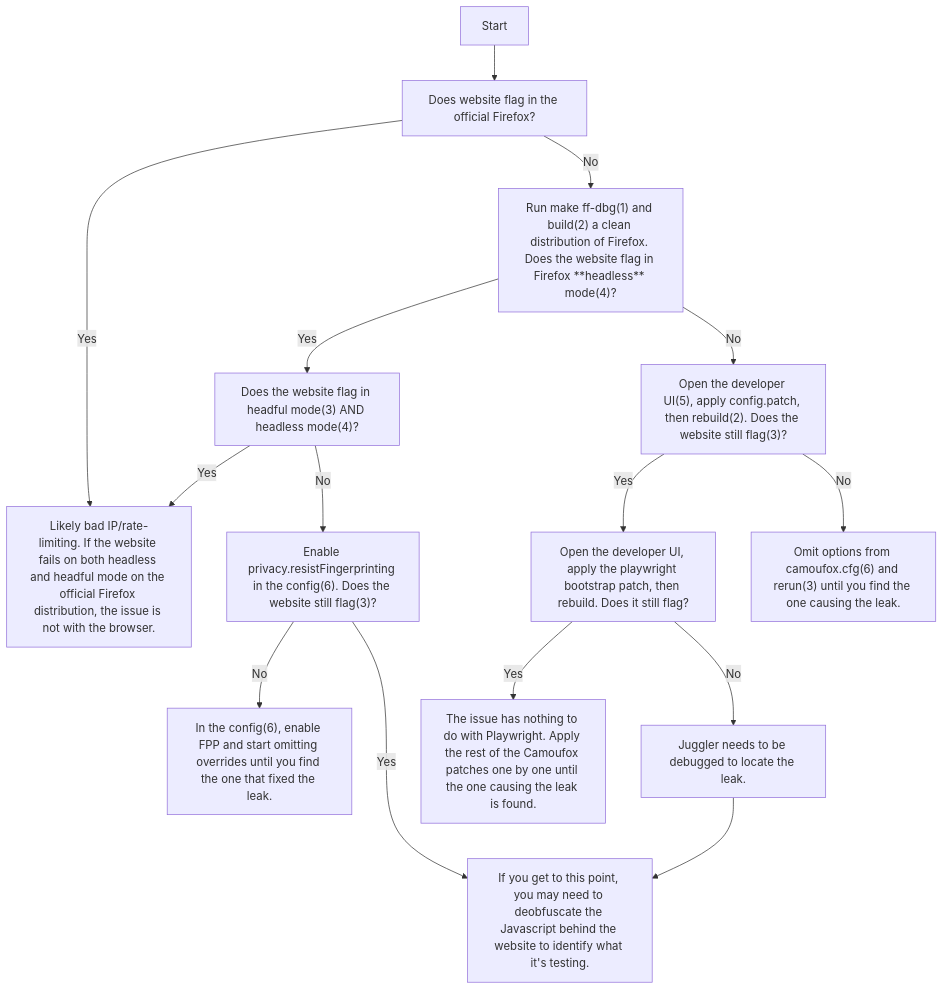
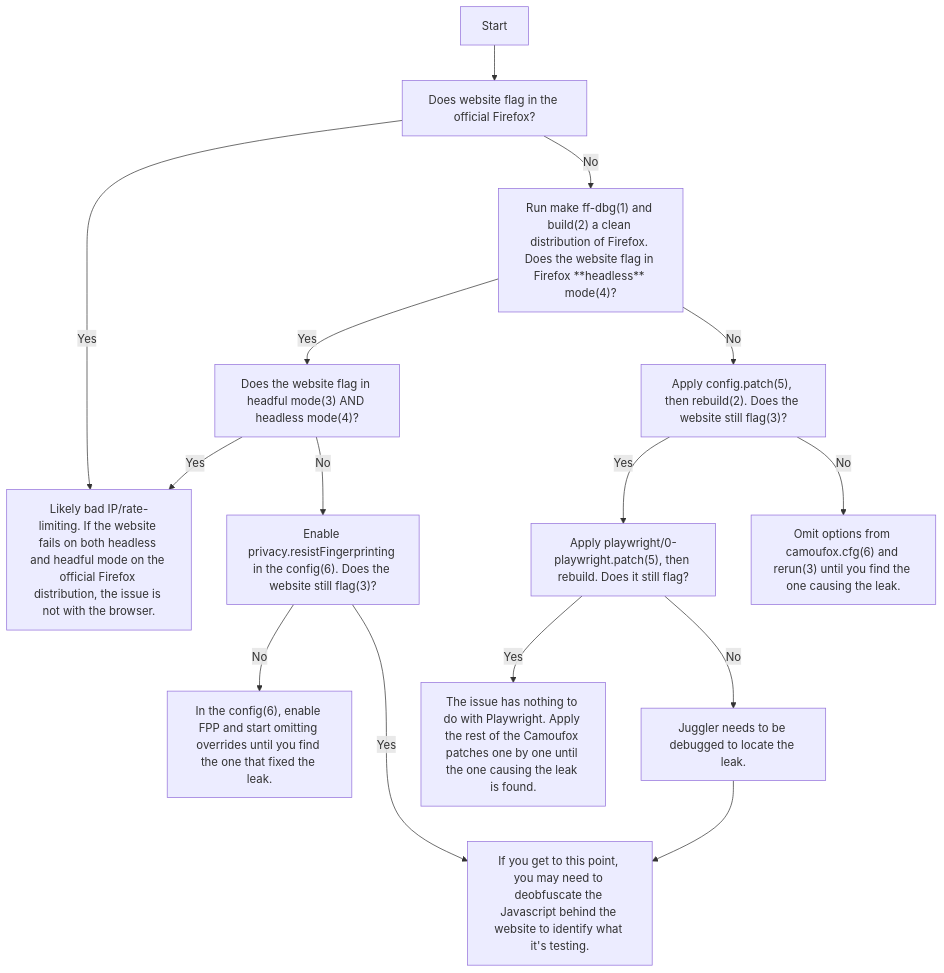
The second of 2 diagrams in README.md (JWriter20/camoufox), drawn with Mermaid before and after one commit. The commit also changed other lines of this file and 25 other files, not shown here.

````diff
--- a/README.md
+++ b/README.md
@@ -765,17 +776,17 @@
 ```mermaid
 flowchart TD
     A[Start] --> B[Does website flag in the official Firefox?]
     B -->|Yes| C[Likely bad IP/rate-limiting. If the website fails on both headless and headful mode on the official Firefox distribution, the issue is not with the browser.]
     B -->|No| D["Run make ff-dbg(1) and build(2) a clean distribution of Firefox. Does the website flag in Firefox **headless** mode(4)?"]
     D -->|Yes| E["Does the website flag in headful mode(3) AND headless mode(4)?"]
-    D -->|No| F["Open the developer UI(5), apply config.patch, then rebuild(2). Does the website still flag(3)?"]
+    D -->|No| F["Apply config.patch(5), then rebuild(2). Does the website still flag(3)?"]
     E -->|No| G["Enable privacy.resistFingerprinting in the config(6). Does the website still flag(3)?"]
     E -->|Yes| C
     G -->|No| H["In the config(6), enable FPP and start omitting overrides until you find the one that fixed the leak."]
     G -->|Yes| I[If you get to this point, you may need to deobfuscate the Javascript behind the website to identify what it's testing.]
-    F -->|Yes| K["Open the developer UI, apply the playwright bootstrap patch, then rebuild. Does it still flag?"]
+    F -->|Yes| K["Apply playwright/0-playwright.patch(5), then rebuild. Does it still flag?"]
     F -->|No| J["Omit options from camoufox.cfg(6) and rerun(3) until you find the one causing the leak."]
     K -->|No| M[Juggler needs to be debugged to locate the leak.]
     K -->|Yes| L[The issue has nothing to do with Playwright. Apply the rest of the Camoufox patches one by one until the one causing the leak is found.]
     M --> I
 ```
````
